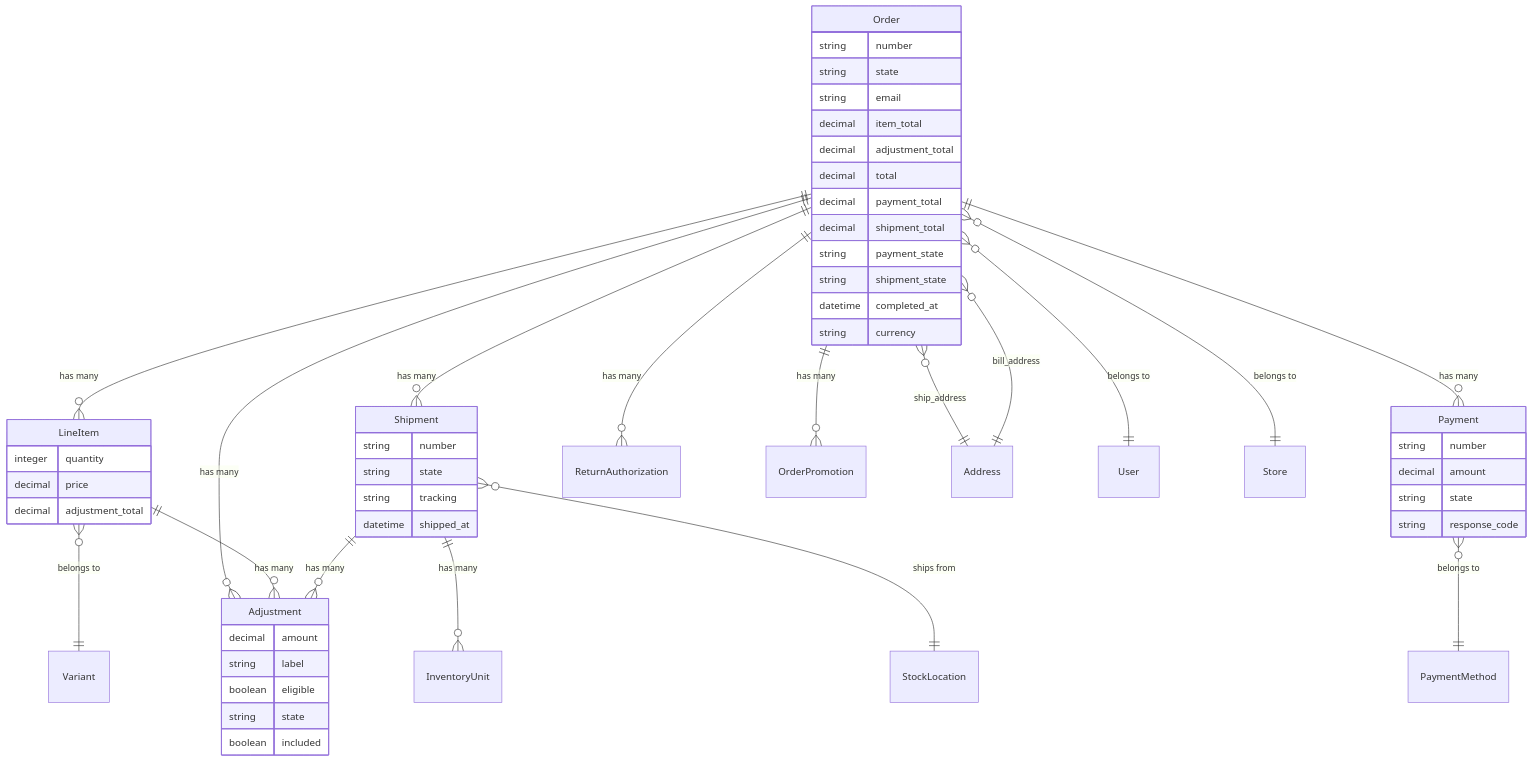
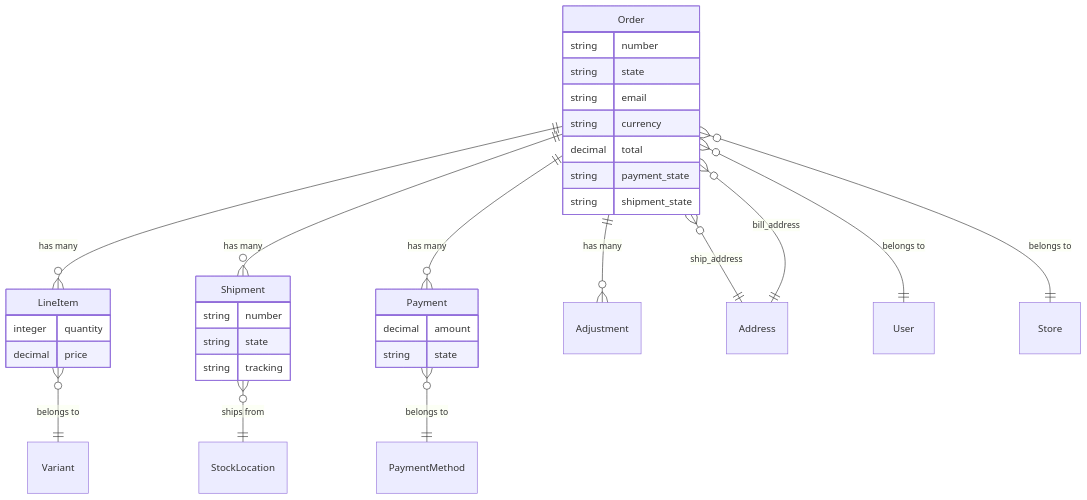
One commit to spree/spree changed the diagram in docs/developer/core-concepts/orders.mdx. Above: the diagram before and after it, drawn with Mermaid. The commit also changed other lines of this file and 21 other files, not shown here.

````diff
--- a/docs/developer/core-concepts/orders.mdx
+++ b/docs/developer/core-concepts/orders.mdx
@@ -11,62 +10,40 @@
 ```mermaid
 erDiagram
+    Order ||--o{ LineItem : "has many"
+    Order ||--o{ Shipment : "has many"
+    Order ||--o{ Payment : "has many"
+    Order ||--o{ Adjustment : "has many"
+    Order }o--|| Address : "ship_address"
+    Order }o--|| Address : "bill_address"
+    Order }o--|| User : "belongs to"
+    Order }o--|| Store : "belongs to"
+    LineItem }o--|| Variant : "belongs to"
+    Shipment }o--|| StockLocation : "ships from"
+    Payment }o--|| PaymentMethod : "belongs to"
+
     Order {
         string number
         string state
         string email
-        decimal item_total
-        decimal adjustment_total
+        string currency
         decimal total
-        decimal payment_total
-        decimal shipment_total
         string payment_state
         string shipment_state
-        datetime completed_at
-        string currency
     }
 
     LineItem {
         integer quantity
         decimal price
-        decimal adjustment_total
     }
 
     Shipment {
         string number
         string state
         string tracking
-        datetime shipped_at
     }
 
     Payment {
-        string number
         decimal amount
         string state
-        string response_code
     }
-
-    Adjustment {
-        decimal amount
-        string label
-        boolean eligible
-        string state
-        boolean included
-    }
-
-    Order ||--o{ LineItem : "has many"
-    Order ||--o{ Shipment : "has many"
-    Order ||--o{ Payment : "has many"
-    Order ||--o{ Adjustment : "has many"
-    Order ||--o{ ReturnAuthorization : "has many"
-    Order ||--o{ OrderPromotion : "has many"
-    Order }o--|| Address : "ship_address"
-    Order }o--|| Address : "bill_address"
-    Order }o--|| User : "belongs to"
-    Order }o--|| Store : "belongs to"
-    LineItem }o--|| Variant : "belongs to"
-    LineItem ||--o{ Adjustment : "has many"
-    Shipment ||--o{ InventoryUnit : "has many"
-    Shipment ||--o{ Adjustment : "has many"
-    Shipment }o--|| StockLocation : "ships from"
-    Payment }o--|| PaymentMethod : "belongs to"
 ```
````
